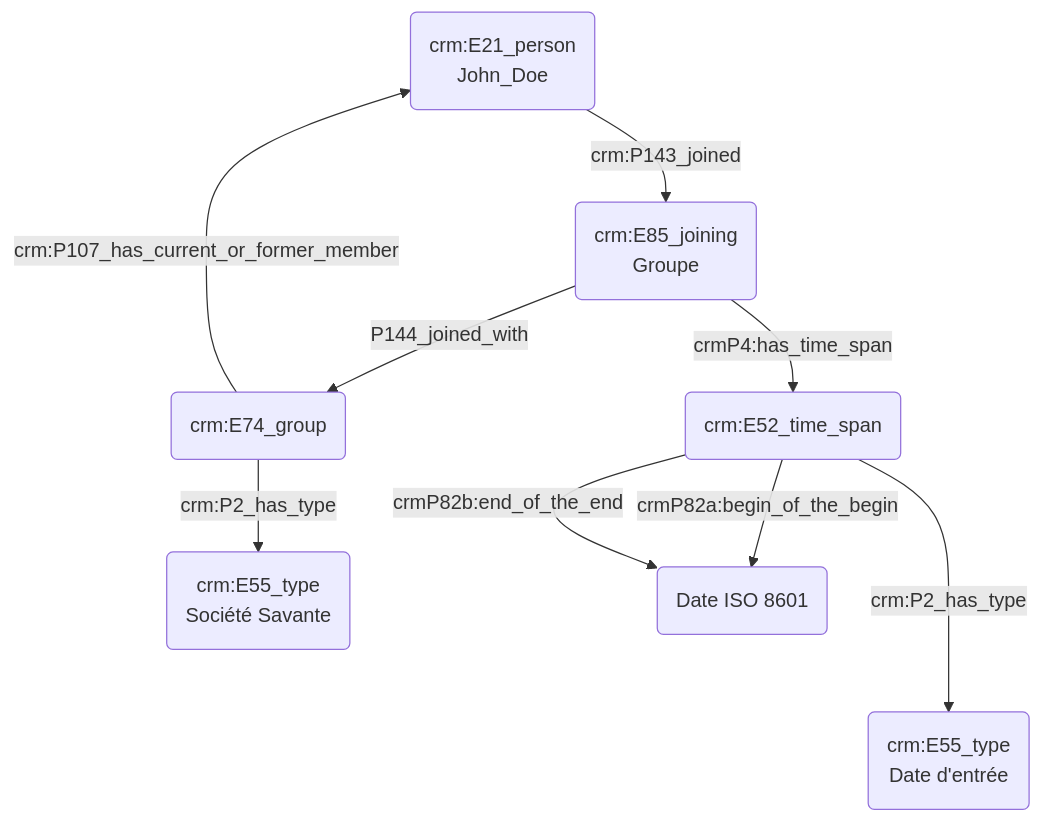
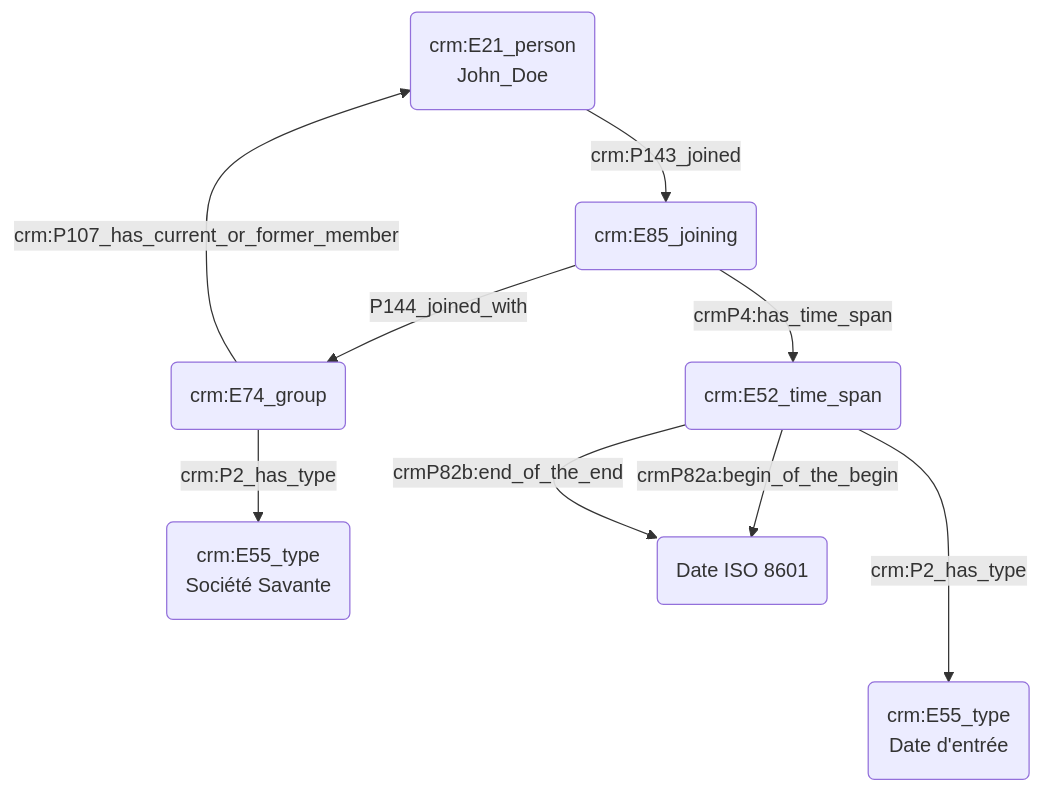
One commit to Amleth/consortium-musica2-gt2-ontologies changed the diagram in modules/livrables/Dossier 2/Prosopographie/appartenance à un groupe social.md. Above: the diagram before and after it, drawn with Mermaid.

Commit message:
Update appartenance à un groupe social.md

````diff
--- a/modules/livrables/Dossier 2/Prosopographie/appartenance à un groupe social.md
+++ b/modules/livrables/Dossier 2/Prosopographie/appartenance à un groupe social.md
@@ -11,15 +11,15 @@
 ```mermaid
 graph TD;
 
 A(crm:E21_person<br>John_Doe) -->|crm:P143_joined| B(crm:E85_joining<br>Groupe)
-B(crm:E85_joining<br>Groupe) --> |P144_joined_with| G(crm:E74_group)
+B(crm:E85_joining) --> |P144_joined_with| G(crm:E74_group)
 G(crm:E74_group) -->|crm:P2_has_type| C(crm:E55_type<br>Société Savante)
 G(crm:E74_group) --> |crm:P107_has_current_or_former_member| A(crm:E21_person<br>John_Doe)
 
 
-B(crm:E85_joining<br>Groupe) --> |crmP4:has_time_span| D(crm:E52_time_span)
+B(crm:E85_joining) --> |crmP4:has_time_span| D(crm:E52_time_span)
 D(crm:E52_time_span) --> |crmP82a:begin_of_the_begin| E(Date ISO 8601)
 D(crm:E52_time_span) --> |crmP82b:end_of_the_end| E(Date ISO 8601)
 D(crm:E52_time_span) --->|crm:P2_has_type| F(crm:E55_type<br>Date d'entrée)
 
 ```
````
